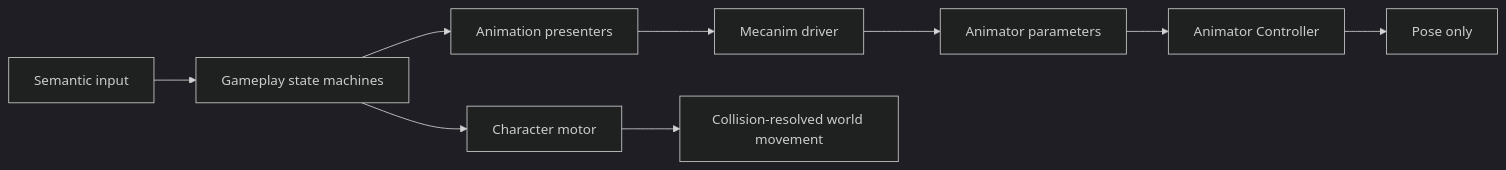
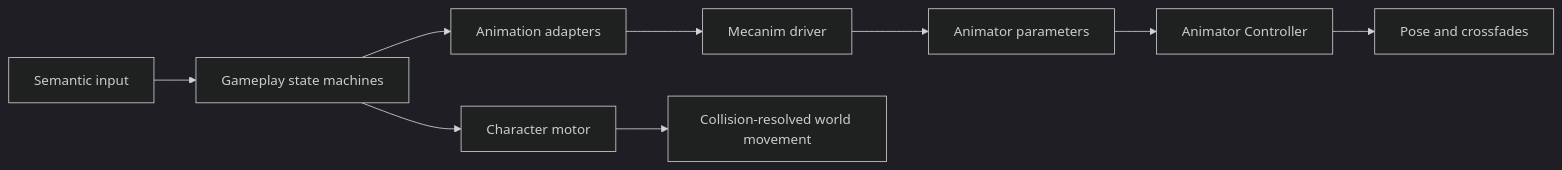
One commit to MaximFonariuc/project-s changed the second of 2 diagrams in Assets/_App/Modules/Animation/README.md. Above: the diagram before and after it, drawn with Mermaid (dark theme). The commit also changed other lines of this file and 92 other files, not shown here.

````diff
--- a/Assets/_App/Modules/Animation/README.md
+++ b/Assets/_App/Modules/Animation/README.md
@@ -70,11 +71,11 @@
 ```mermaid
 flowchart LR
     I["Semantic input"] --> G["Gameplay state machines"]
     G --> M["Character motor"]
-    G --> P["Animation presenters"]
+    G --> P["Animation adapters"]
     P --> D["Mecanim driver"]
     D --> A["Animator parameters"]
     A --> C["Animator Controller"]
-    C --> V["Pose only"]
+    C --> V["Pose and crossfades"]
     M --> W["Collision-resolved world movement"]
 ```
````
